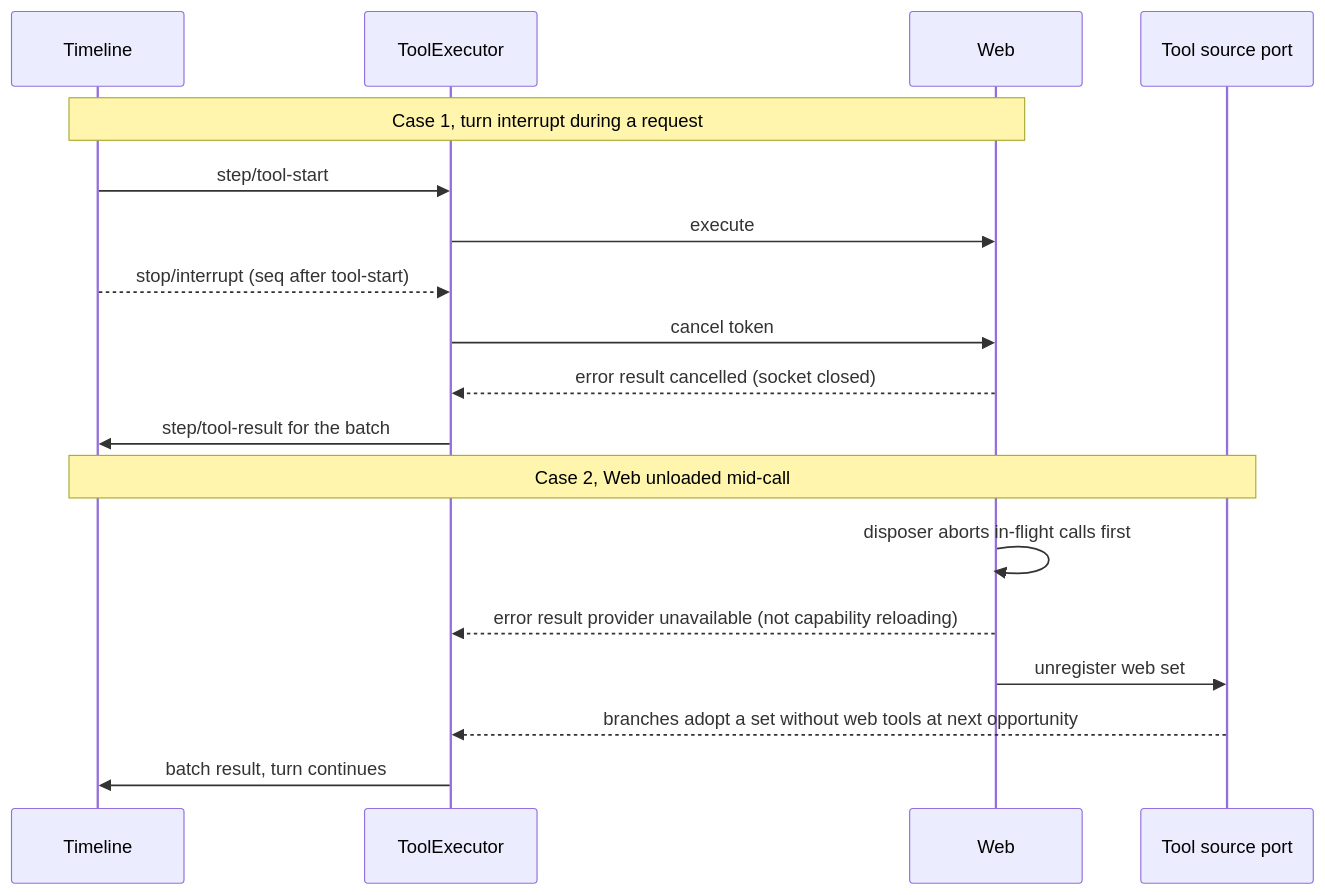
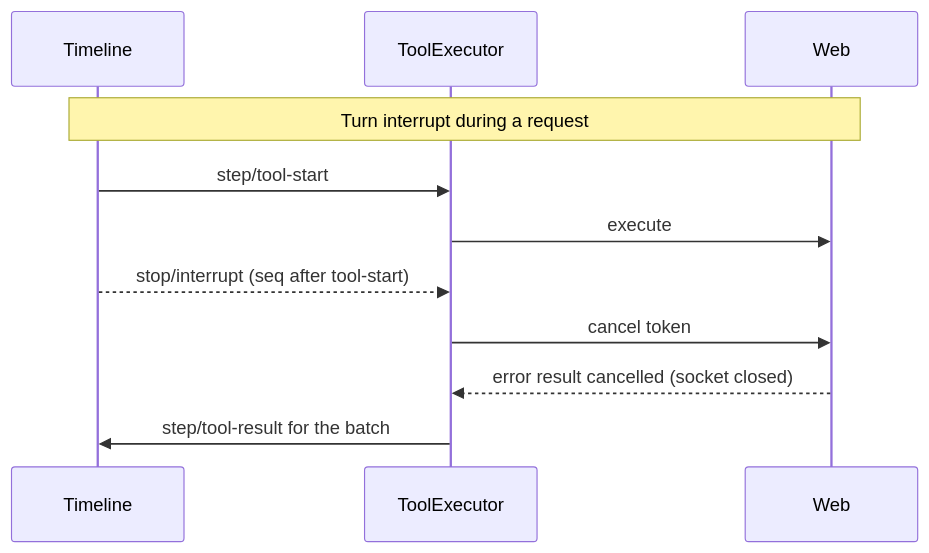
The fifth of 5 diagrams in docs/design/plugins/Web.md (CoutinhoTTS/dim-agent), drawn with Mermaid before and after one commit. The commit also changed other lines of this file and 3 other files, not shown here.

````diff
--- a/docs/design/plugins/Web.md
+++ b/docs/design/plugins/Web.md
@@ -149,20 +111,13 @@
 ```mermaid
 sequenceDiagram
   participant TL as Timeline
   participant X as ToolExecutor
   participant W as Web
-  participant R as Tool source port
-  Note over TL,W: Case 1, turn interrupt during a request
+  Note over TL,W: Turn interrupt during a request
   TL->>X: step/tool-start
   X->>W: execute
   TL-->>X: stop/interrupt (seq after tool-start)
   X->>W: cancel token
   W-->>X: error result cancelled (socket closed)
   X->>TL: step/tool-result for the batch
-  Note over TL,R: Case 2, Web unloaded mid-call
-  W->>W: disposer aborts in-flight calls first
-  W-->>X: error result provider unavailable (not capability reloading)
-  W->>R: unregister web set
-  R-->>X: branches adopt a set without web tools at next opportunity
-  X->>TL: batch result, turn continues
 ```
````
